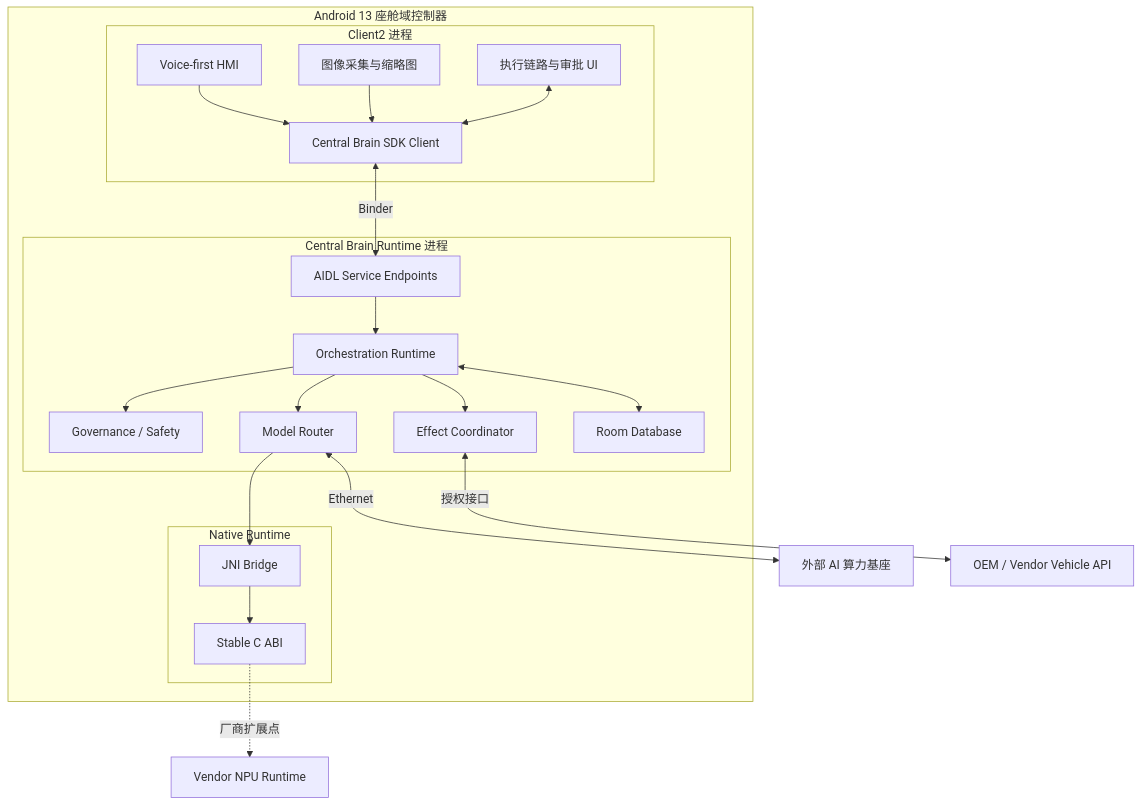
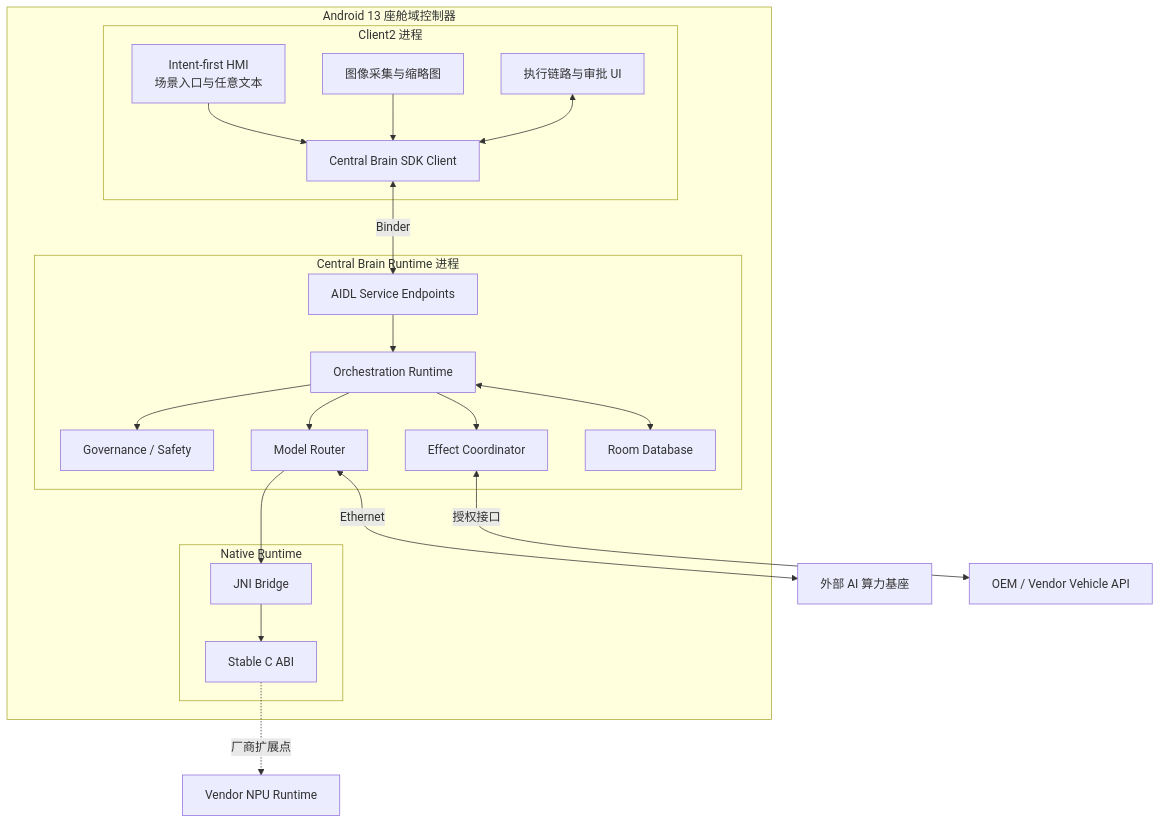
The second of 16 diagrams in docs/CENTRAL_BRAIN_SOFTWARE_ARCHITECTURE.md (LucasWEIchen/CougarOS), drawn with Mermaid before and after one commit. The commit also changed other lines of this file and 42 other files, not shown here.

````diff
--- a/docs/CENTRAL_BRAIN_SOFTWARE_ARCHITECTURE.md
+++ b/docs/CENTRAL_BRAIN_SOFTWARE_ARCHITECTURE.md
@@ -65,43 +65,43 @@
 ```mermaid
 flowchart TB
     subgraph Android["Android 13 座舱域控制器"]
         subgraph HmiProcess["Client2 进程"]
-            UI["Voice-first HMI"]
+            UI["Intent-first HMI<br/>场景入口与任意文本"]
             Media["图像采集与缩略图"]
             Timeline["执行链路与审批 UI"]
             Client["Central Brain SDK Client"]
         end
 
         subgraph RuntimeProcess["Central Brain Runtime 进程"]
             Binder["AIDL Service Endpoints"]
             Orchestrator["Orchestration Runtime"]
             Governance["Governance / Safety"]
             ModelRouter["Model Router"]
             Effect["Effect Coordinator"]
             Store["Room Database"]
         end
 
         subgraph NativeProcess["Native Runtime"]
             JNI["JNI Bridge"]
             CABI["Stable C ABI"]
         end
     end
 
     AIBase["外部 AI 算力基座"]
     VehicleApi["OEM / Vendor Vehicle API"]
     NpuApi["Vendor NPU Runtime"]
 
     UI --> Client
     Media --> Client
     Timeline <--> Client
     Client <-->|"Binder"| Binder
     Binder --> Orchestrator
     Orchestrator --> Governance
     Orchestrator --> ModelRouter
     Orchestrator --> Effect
     Orchestrator <--> Store
     ModelRouter <-->|"Ethernet"| AIBase
     Effect <-->|"授权接口"| VehicleApi
     ModelRouter --> JNI --> CABI
     CABI -. "厂商扩展点" .-> NpuApi
 ```
````
